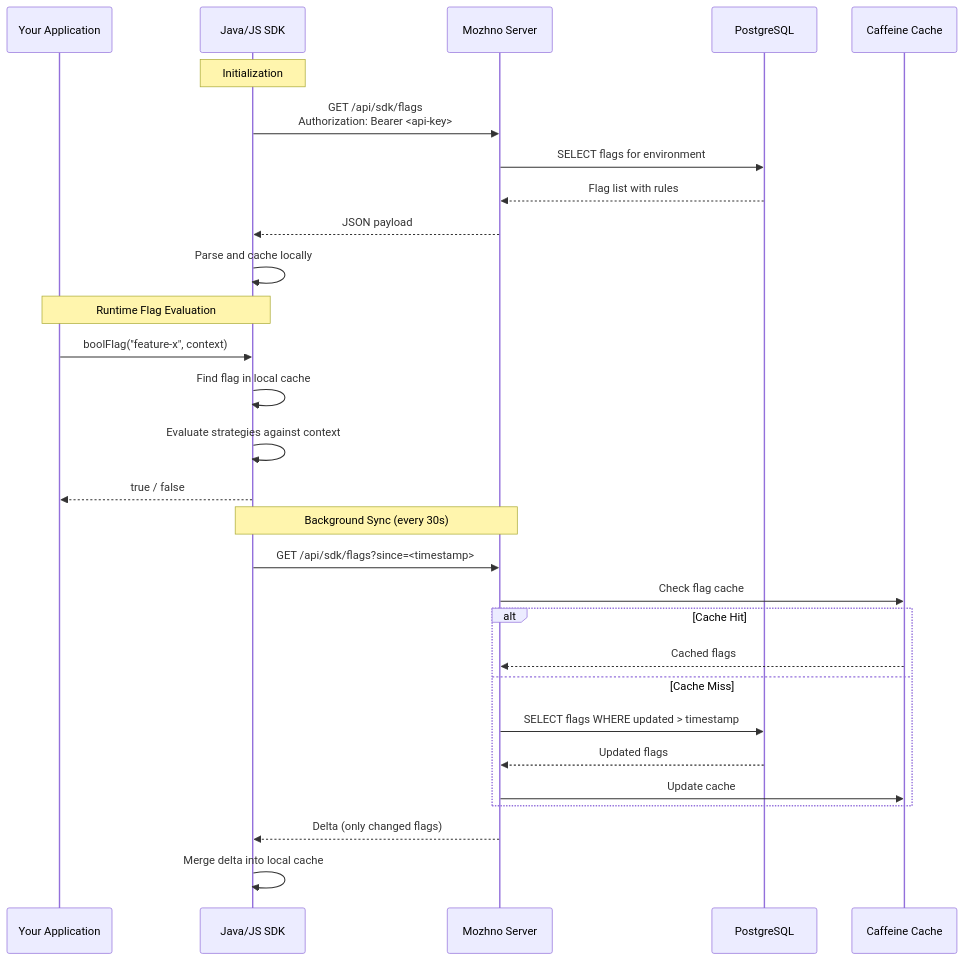
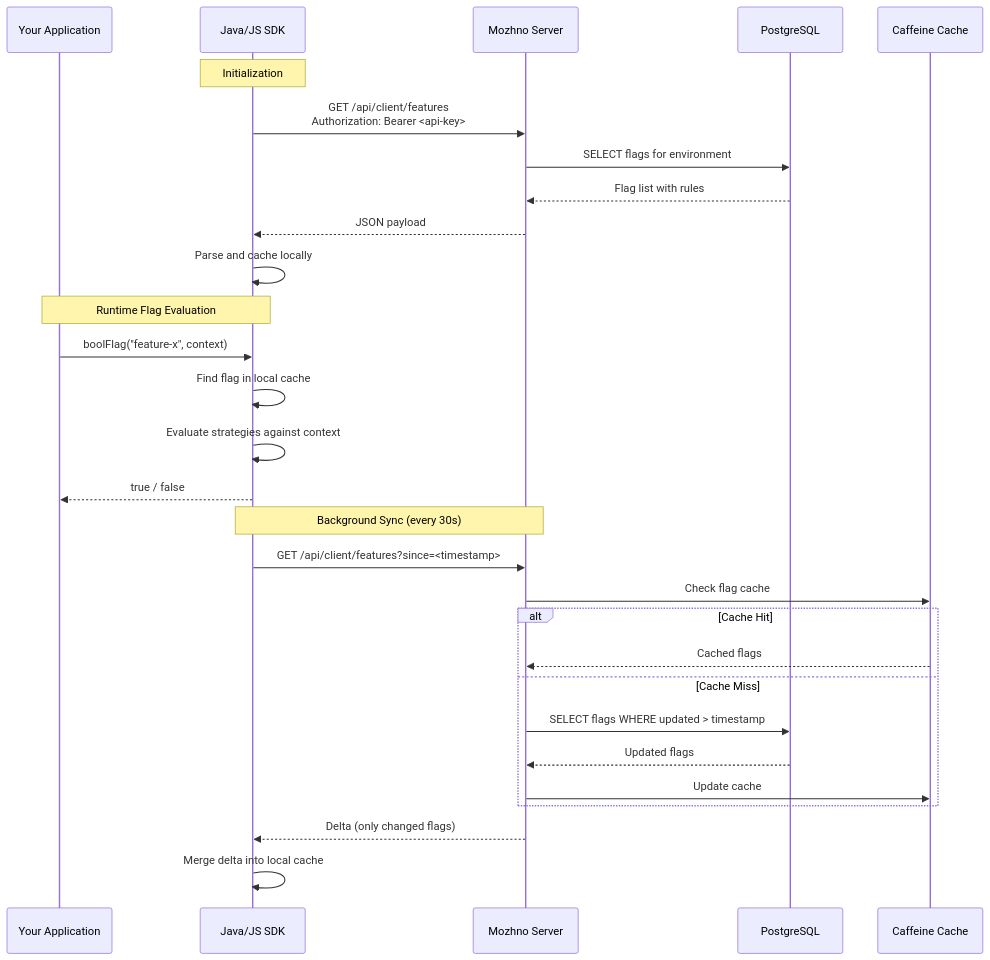
Before and after one commit to edgar-dev20/mozhno: the second of 4 diagrams in docs/en/advanced/architecture.md, drawn with Mermaid. The commit also changed other lines of this file and 67 other files, not shown here.

First line of the commit message:
fix: remove fictional features from docs, rename docker org, fix JS SDK metrics bug, fix integrations page

````diff
--- a/docs/en/advanced/architecture.md
+++ b/docs/en/advanced/architecture.md
@@ -60,34 +60,34 @@
 ```mermaid
 sequenceDiagram
     participant App as Your Application
     participant SDK as Java/JS SDK
     participant Server as Mozhno Server
     participant DB as PostgreSQL
     participant Cache as Caffeine Cache
 
     Note over SDK: Initialization
-    SDK->>Server: GET /api/sdk/flags<br/>Authorization: Bearer <api-key>
+    SDK->>Server: GET /api/client/features<br/>Authorization: Bearer <api-key>
     Server->>DB: SELECT flags for environment
     DB-->>Server: Flag list with rules
     Server-->>SDK: JSON payload
     SDK->>SDK: Parse and cache locally
 
     Note over App,SDK: Runtime Flag Evaluation
     App->>SDK: boolFlag("feature-x", context)
     SDK->>SDK: Find flag in local cache
     SDK->>SDK: Evaluate strategies against context
     SDK-->>App: true / false
 
     Note over SDK,Server: Background Sync (every 30s)
-    SDK->>Server: GET /api/sdk/flags?since=<timestamp>
+    SDK->>Server: GET /api/client/features?since=<timestamp>
     Server->>Cache: Check flag cache
     alt Cache Hit
         Cache-->>Server: Cached flags
     else Cache Miss
         Server->>DB: SELECT flags WHERE updated > timestamp
         DB-->>Server: Updated flags
         Server->>Cache: Update cache
     end
     Server-->>SDK: Delta (only changed flags)
     SDK->>SDK: Merge delta into local cache
 ```
````
